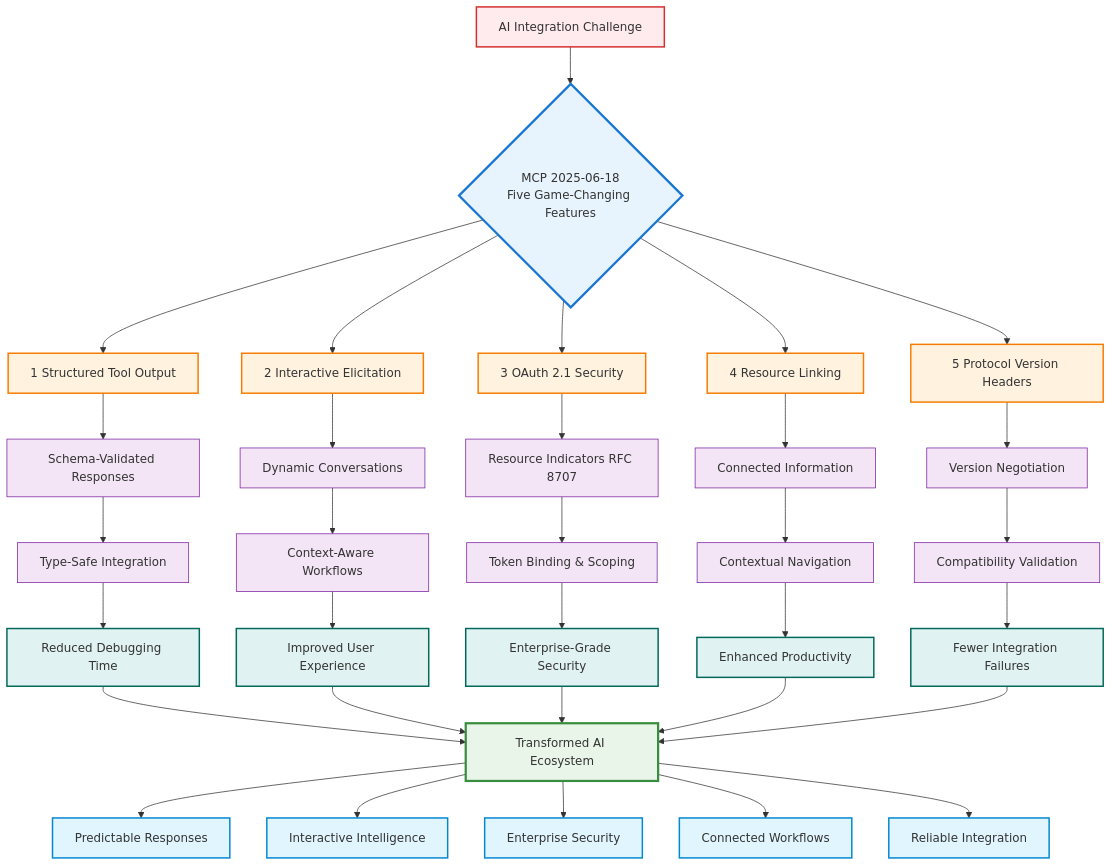
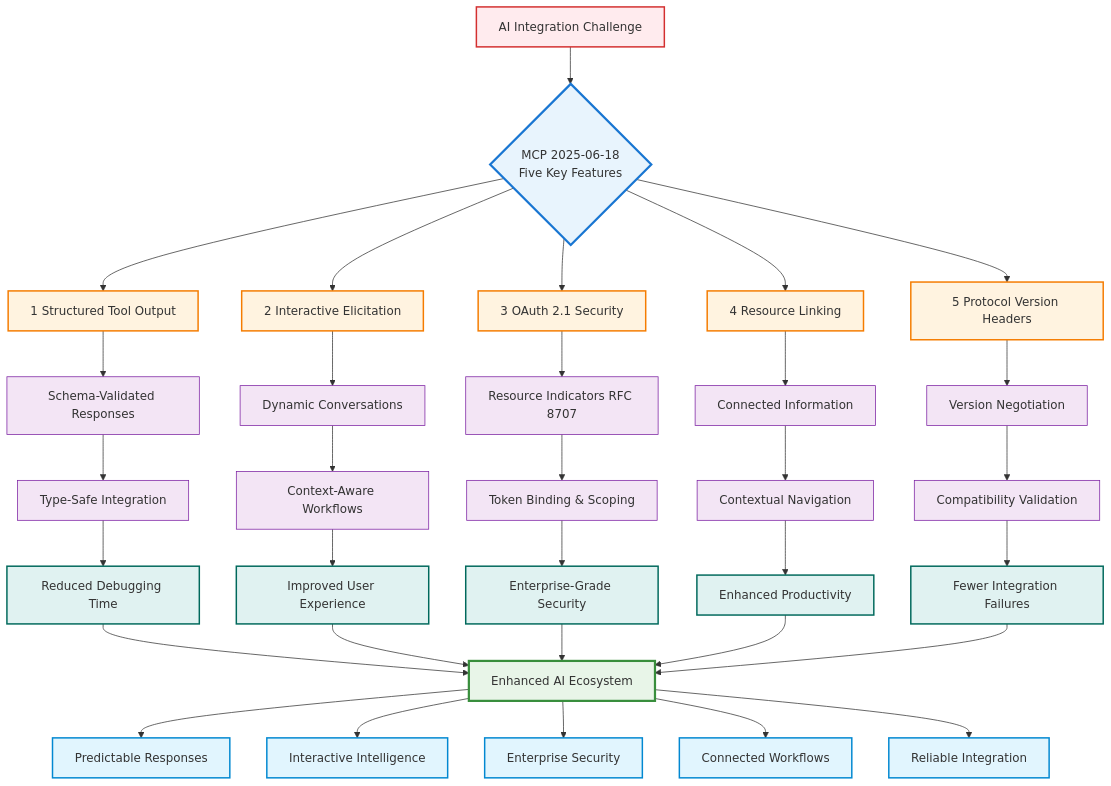
The first of 10 diagrams in 24-mcp.md (raphaelmansuy/tutorials), drawn with Mermaid before and after one commit. The commit also changed other lines of this file, not shown here.

Commit message:
Update MCP documentation: Revise title, enhance clarity, and improve structure of key sections

````diff
--- a/24-mcp.md
+++ b/24-mcp.md
@@ -23,58 +25,58 @@
 ```mermaid
 flowchart TD
-    A[AI Integration Challenge] --> B{MCP 2025-06-18<br/>Five Game-Changing Features}
+    A[AI Integration Challenge] -->    B{MCP 2025-06-18<br/>Five Key Features}
 
     B --> C[1 Structured Tool Output]
     B --> D[2 Interactive Elicitation]
     B --> E[3 OAuth 2.1 Security]
     B --> F[4 Resource Linking]
     B --> G[5 Protocol Version Headers]
 
     C --> C1[Schema-Validated Responses]
     C1 --> C2[Type-Safe Integration]
     C2 --> C3[Reduced Debugging Time]
 
     D --> D1[Dynamic Conversations]
     D1 --> D2[Context-Aware Workflows]
     D2 --> D3[Improved User Experience]
 
     E --> E1[Resource Indicators RFC 8707]
     E1 --> E2[Token Binding & Scoping]
     E2 --> E3[Enterprise-Grade Security]
 
     F --> F1[Connected Information]
     F1 --> F2[Contextual Navigation]
     F2 --> F3[Enhanced Productivity]
 
     G --> G1[Version Negotiation]
     G1 --> G2[Compatibility Validation]
     G2 --> G3[Fewer Integration Failures]
 
-    C3 --> H[Transformed AI Ecosystem]
+    C3 --> H[Enhanced AI Ecosystem]
     D3 --> H
     E3 --> H
     F3 --> H
     G3 --> H
 
     H --> I[Predictable Responses]
     H --> J[Interactive Intelligence]
     H --> K[Enterprise Security]
     H --> L[Connected Workflows]
     H --> M[Reliable Integration]
 
     style A fill:#ffebee,stroke:#d32f2f,stroke-width:2px
     style B fill:#e8f4fd,stroke:#1976d2,stroke-width:3px
     style H fill:#e8f5e8,stroke:#388e3c,stroke-width:3px
 
     classDef featureBox fill:#fff3e0,stroke:#f57c00,stroke-width:2px
     class C,D,E,F,G featureBox
 
     classDef benefitBox fill:#f3e5f5,stroke:#7b1fa2,stroke-width:1px
     class C1,C2,D1,D2,E1,E2,F1,F2,G1,G2 benefitBox
 
     classDef impactBox fill:#e0f2f1,stroke:#00695c,stroke-width:2px
     class C3,D3,E3,F3,G3 impactBox
 
     classDef outcomeBox fill:#e1f5fe,stroke:#0288d1,stroke-width:2px
     class I,J,K,L,M outcomeBox
 ```
````
